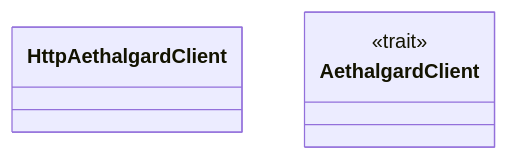
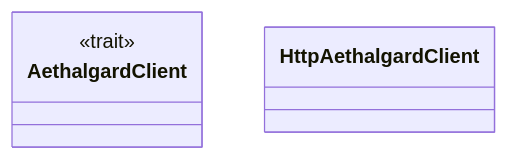
Before and after one commit to lgcorzo/rust_CACD_autonomous_factory: the first of 2 diagrams in wiki/crates_factory-infrastructure_src_aethalgard.md, drawn with Mermaid. The commit also changed other lines of this file and 58 other files, not shown here.

````diff
--- a/wiki/crates_factory-infrastructure_src_aethalgard.md
+++ b/wiki/crates_factory-infrastructure_src_aethalgard.md
@@ -16,7 +16,7 @@
 ```mermaid
 classDiagram
-    class HttpAethalgardClient
     class AethalgardClient {
         <<trait>>
     }
+    class HttpAethalgardClient
 ```
````
